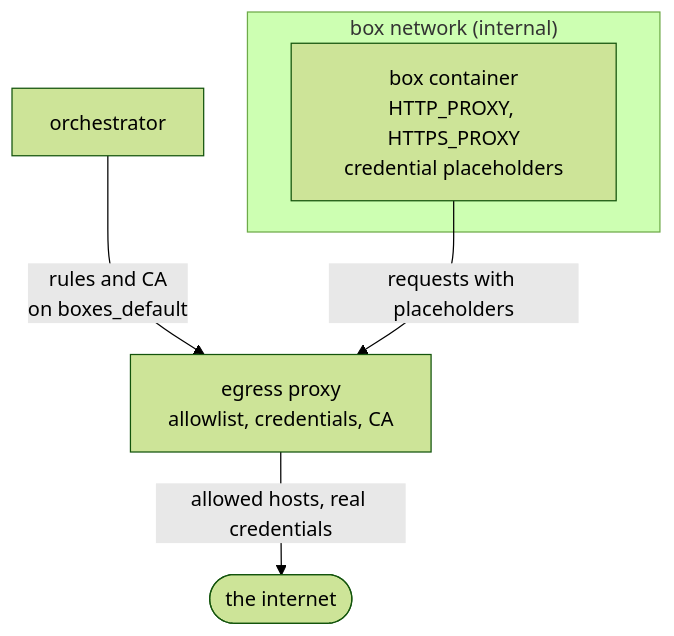
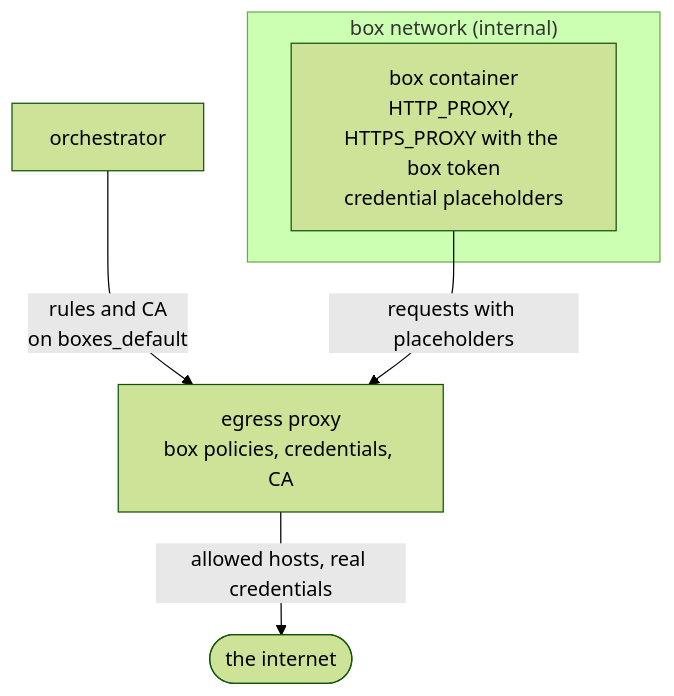
Before and after one commit to splitbrain-bot/boxes: the first of 2 diagrams in doc/egress.md, drawn with Mermaid (forest theme). The commit also changed other lines of this file and 65 other files, not shown here.

````diff
--- a/doc/egress.md
+++ b/doc/egress.md
@@ -14,15 +15,15 @@
 ```mermaid
 flowchart TB
     orch["orchestrator"]
 
     subgraph bn["box network (internal)"]
-        box["box container<br>HTTP_PROXY, HTTPS_PROXY<br>credential placeholders"]
+        box["box container<br>HTTP_PROXY, HTTPS_PROXY with the box token<br>credential placeholders"]
     end
 
-    proxy["egress proxy<br>allowlist, credentials, CA"]
+    proxy["egress proxy<br>box policies, credentials, CA"]
     net(["the internet"])
 
     orch -- "rules and CA<br>on boxes_default" --> proxy
     box -- "requests with placeholders" --> proxy
     proxy -- "allowed hosts, real credentials" --> net
 ```
````
